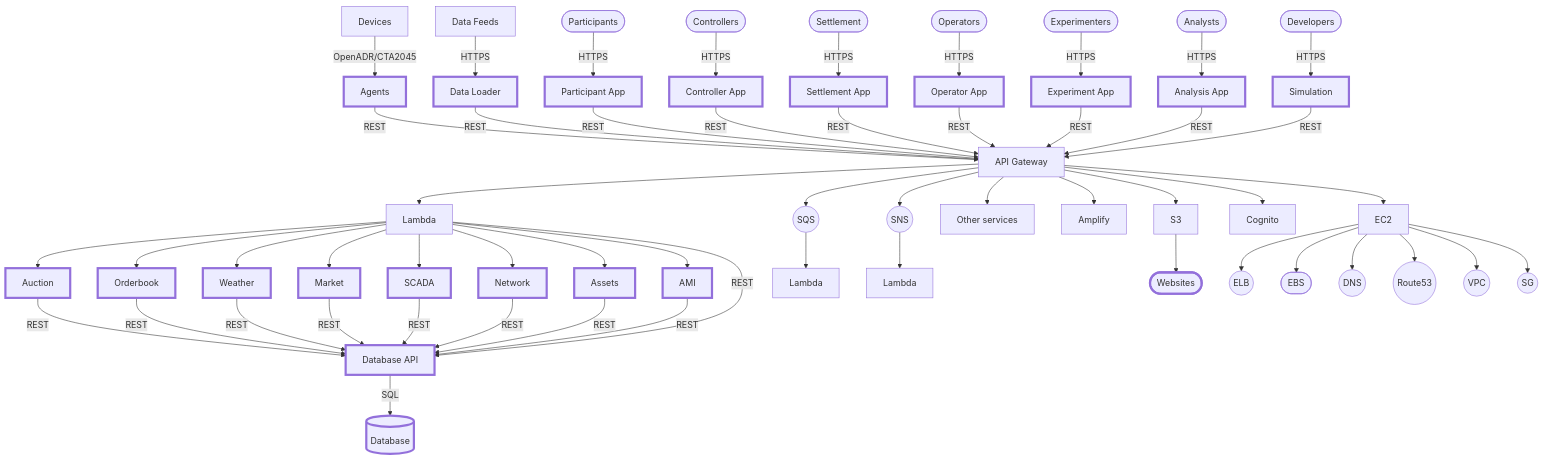
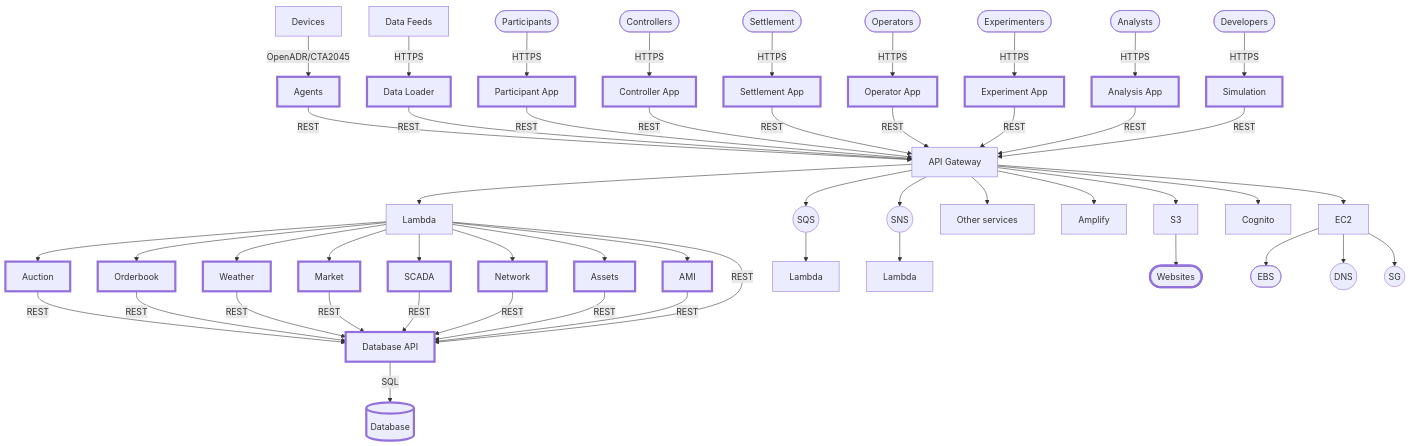
One commit to aivanova5/design changed the first of 2 diagrams in docs/README.md. Above: the diagram before and after it, drawn with Mermaid.

````diff
--- a/docs/README.md
+++ b/docs/README.md
@@ -76,10 +76,7 @@
   gateway --> auth[Cognito]
   
   gateway --> ec2[EC2]
-    ec2 --> elb((ELB))
     ec2 --> ebs([EBS])
     ec2 --> dns((DNS))
-    ec2 --> route53((Route53))
-    ec2 --> vpc((VPC))
     ec2 --> sg((SG))
 ```
````
